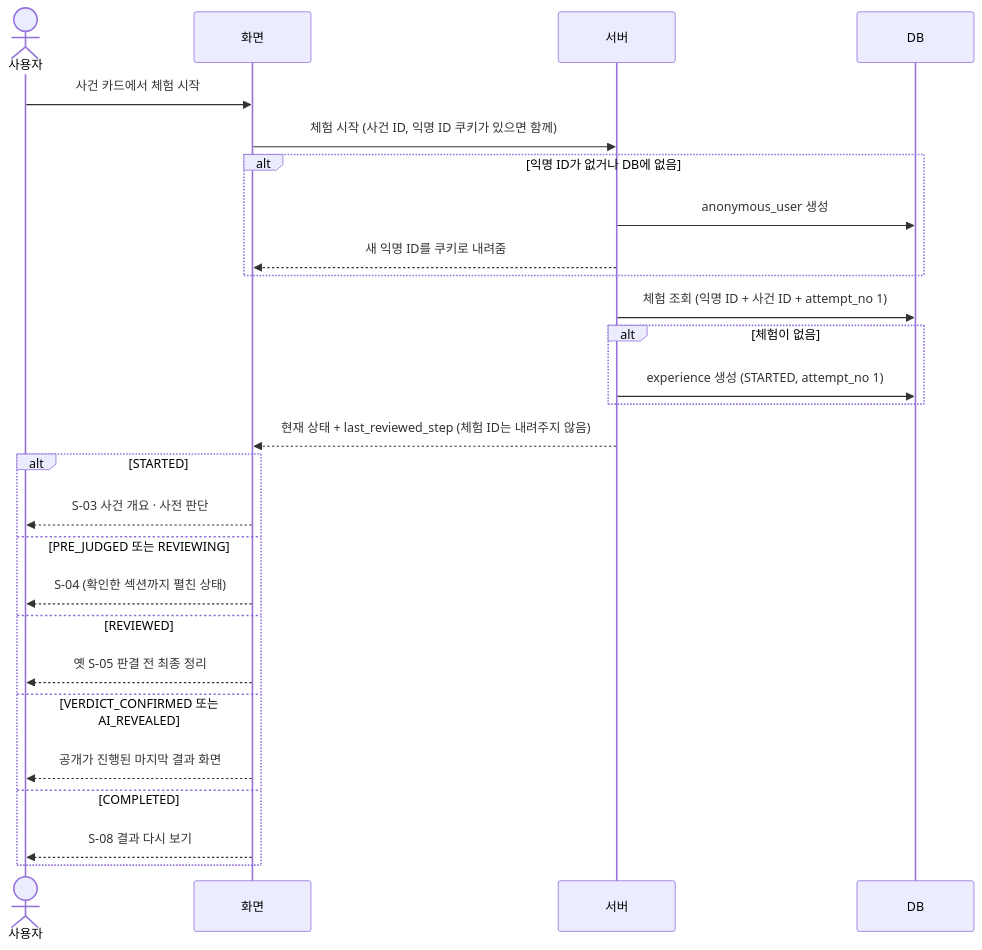
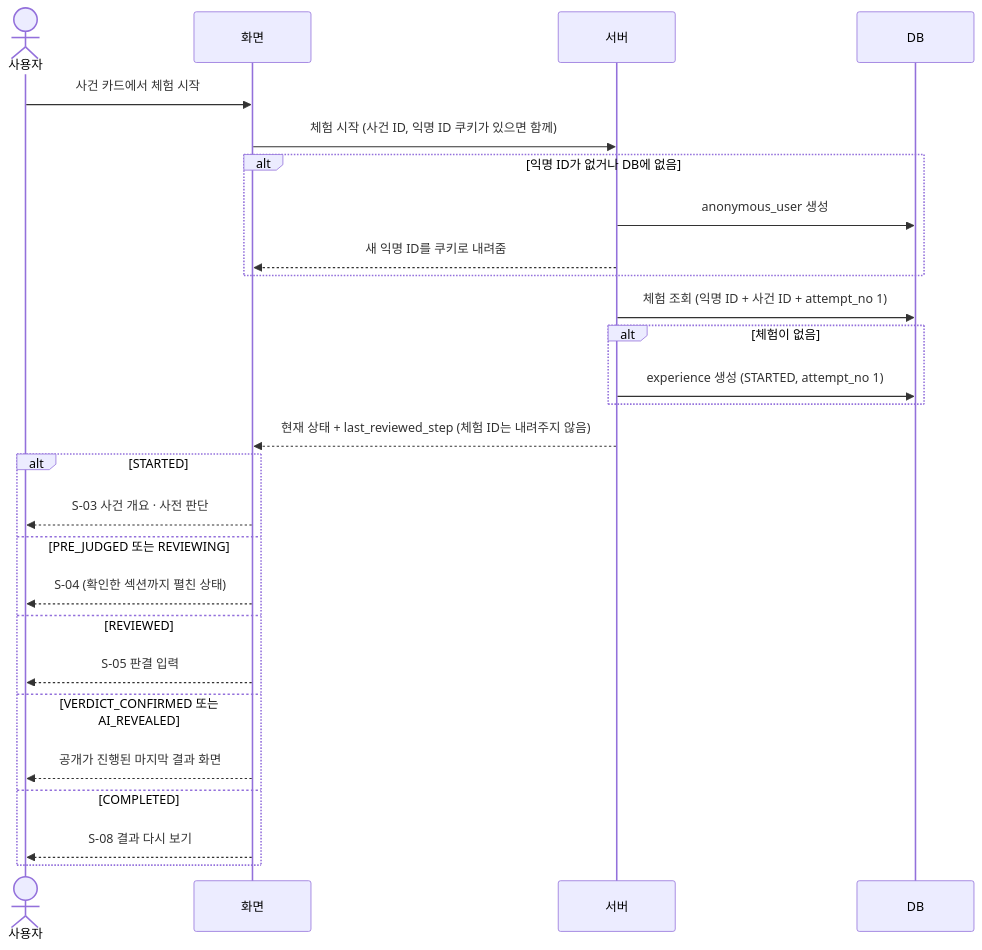
One commit to prgrms-aibe-devcourse/AIBE7_FinalProject_Team2 changed the second of 7 diagrams in docs/sequence-diagram.md. Above: the diagram before and after it, drawn with Mermaid. The commit also changed other lines of this file and 4 other files, not shown here.

````diff
--- a/docs/sequence-diagram.md
+++ b/docs/sequence-diagram.md
@@ -59,30 +59,30 @@
 ```mermaid
 sequenceDiagram
     actor U as 사용자
     participant F as 화면
     participant S as 서버
     participant D as DB
  
     U->>F: 사건 카드에서 체험 시작
     F->>S: 체험 시작 (사건 ID, 익명 ID 쿠키가 있으면 함께)
     alt 익명 ID가 없거나 DB에 없음
         S->>D: anonymous_user 생성
         S-->>F: 새 익명 ID를 쿠키로 내려줌
     end
     S->>D: 체험 조회 (익명 ID + 사건 ID + attempt_no 1)
     alt 체험이 없음
         S->>D: experience 생성 (STARTED, attempt_no 1)
     end
     S-->>F: 현재 상태 + last_reviewed_step (체험 ID는 내려주지 않음)
     alt STARTED
         F-->>U: S-03 사건 개요 · 사전 판단
     else PRE_JUDGED 또는 REVIEWING
         F-->>U: S-04 (확인한 섹션까지 펼친 상태)
     else REVIEWED
-        F-->>U: 옛 S-05 판결 전 최종 정리
+        F-->>U: S-05 판결 입력
     else VERDICT_CONFIRMED 또는 AI_REVEALED
         F-->>U: 공개가 진행된 마지막 결과 화면
     else COMPLETED
         F-->>U: S-08 결과 다시 보기
     end
 ```
````
